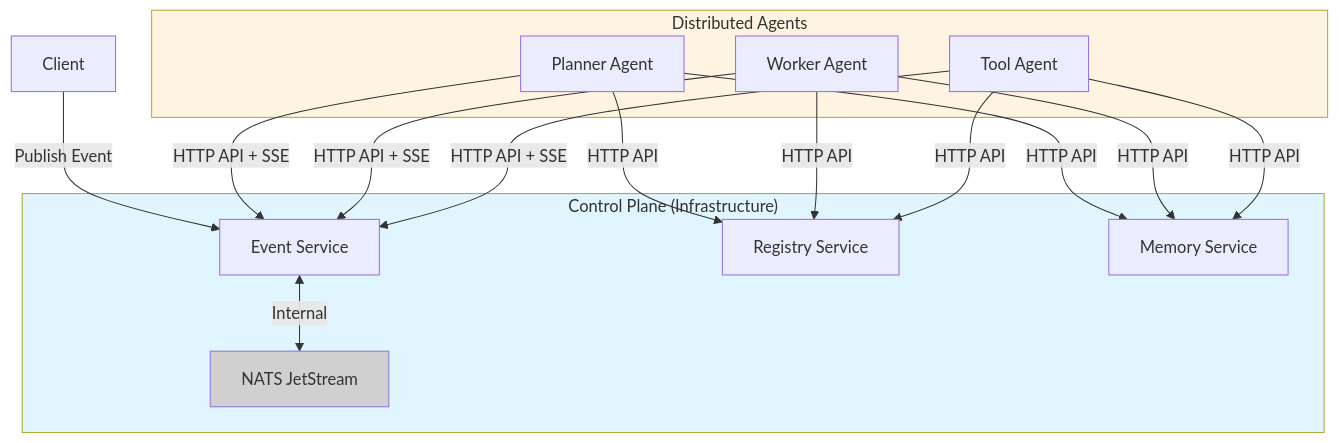
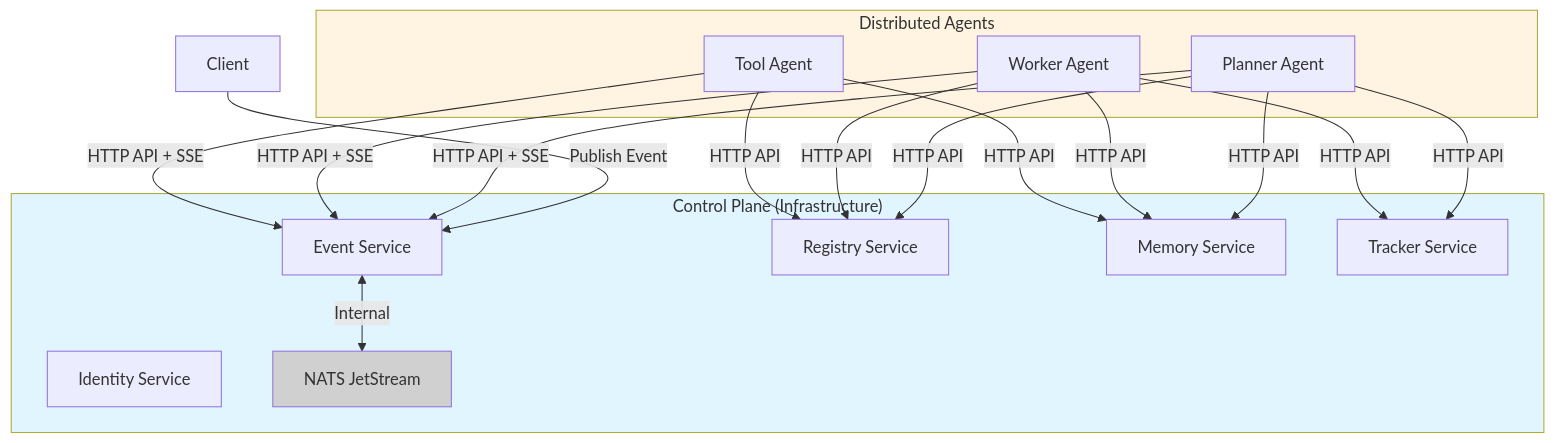
One commit to soorma-ai/soorma-core changed the diagram in README.md. Above: the diagram before and after it, drawn with Mermaid. The commit also changed other lines of this file and 9 other files, not shown here.

````diff
--- a/README.md
+++ b/README.md
@@ -52,36 +53,40 @@
 ```mermaid
 graph TB
     Client[Client] -->|Publish Event| EventService
     
     subgraph ControlPlane["Control Plane (Infrastructure)"]
         Registry[Registry Service]
         EventService[Event Service]
         Memory[Memory Service]
+        Tracker[Tracker Service]
+        Identity[Identity Service]
         NATS[NATS JetStream]
         
         EventService <-->|Internal| NATS
     end
     
     subgraph DistributedAgents["Distributed Agents"]
         Planner[Planner Agent]
         Worker[Worker Agent]
         Tool[Tool Agent]
     end
     
     %% Agent connections to Control Plane
     Planner -->|HTTP API| Registry
     Planner -->|HTTP API + SSE| EventService
     Planner -->|HTTP API| Memory
+    Planner -->|HTTP API| Tracker
     
     Worker -->|HTTP API| Registry
     Worker -->|HTTP API + SSE| EventService
     Worker -->|HTTP API| Memory
+    Worker -->|HTTP API| Tracker
     
     Tool -->|HTTP API| Registry
     Tool -->|HTTP API + SSE| EventService
     Tool -->|HTTP API| Memory
     
     style ControlPlane fill:#e1f5ff
     style DistributedAgents fill:#fff4e1
     style NATS fill:#d0d0d0
 ```
````
